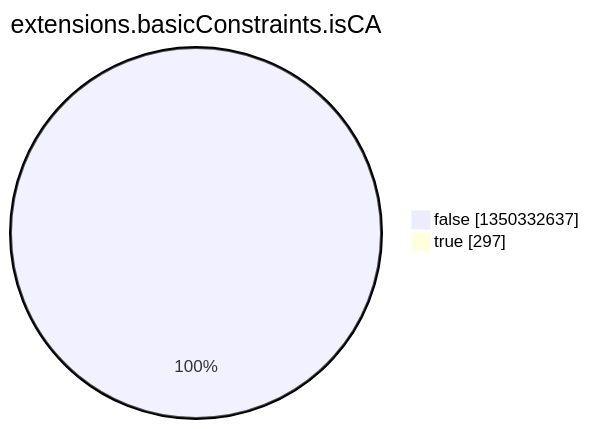
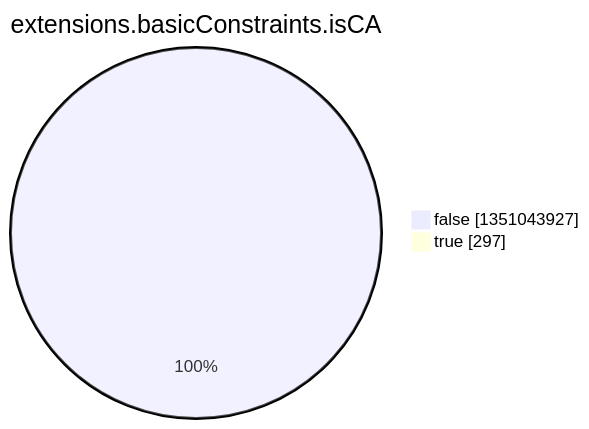
One commit to christiankrug/ctmonitor_visualization changed the eighth of 15 diagrams in argon2022/README.md. Above: the diagram before and after it, drawn with Mermaid. The commit also changed other lines of this file, not shown here.

````diff
--- a/argon2022/README.md
+++ b/argon2022/README.md
@@ -2758,6 +2758,6 @@
 ```mermaid
 pie showData
 title extensions.basicConstraints.isCA
-"false" :1350332637
+"false" :1351043927
 "true" :297
 ```
````
